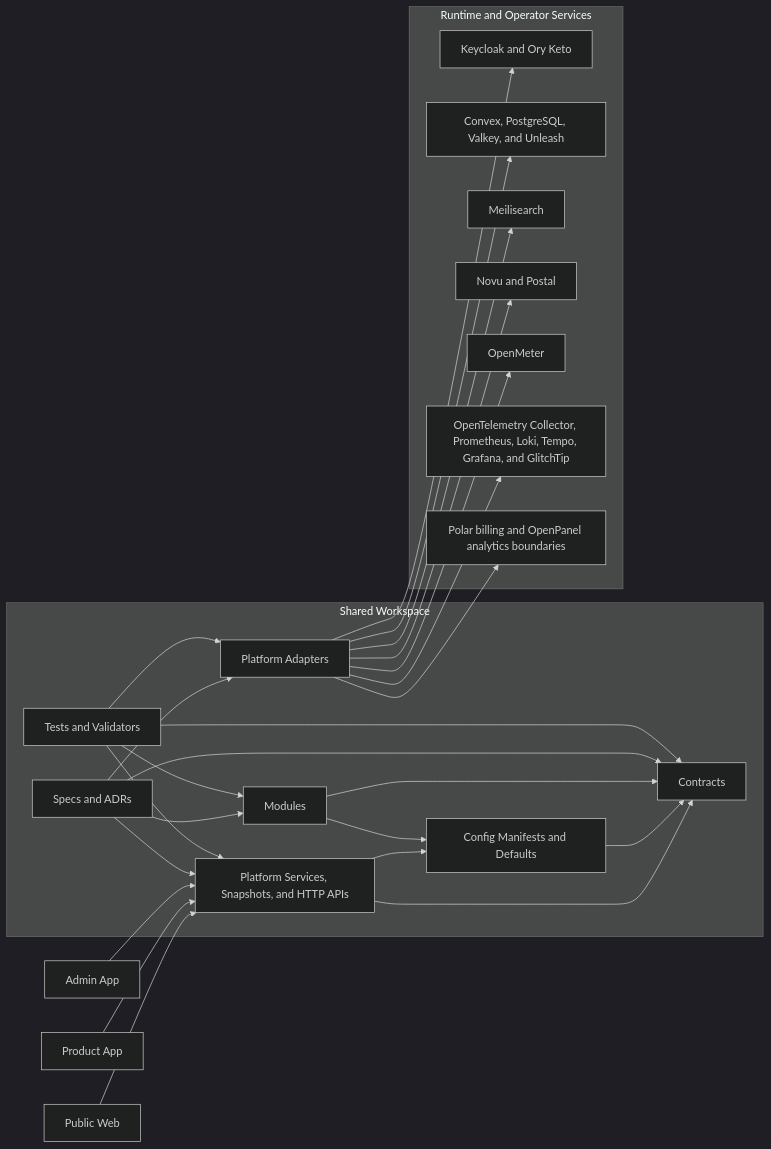
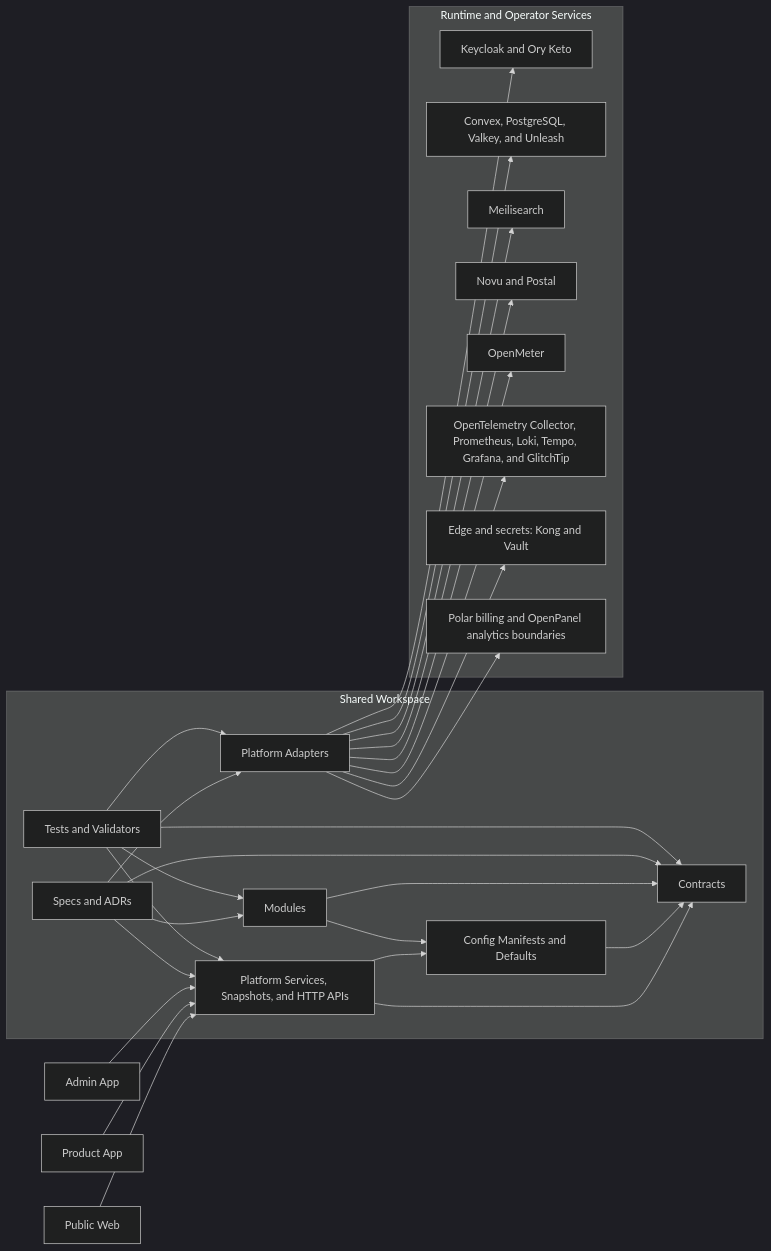
The diagram in README.md (ComvestecSolutions/saas), drawn with Mermaid (dark theme) before and after one commit. The commit also changed other lines of this file and 17 other files, not shown here.

````diff
--- a/README.md
+++ b/README.md
@@ -20,55 +20,57 @@
 ```mermaid
 flowchart LR
   PublicWeb[Public Web]
   ProductApp[Product App]
   AdminApp[Admin App]
 
   subgraph Workspace[Shared Workspace]
     Contracts[Contracts]
     Config[Config Manifests and Defaults]
     Modules[Modules]
     PlatformServices[Platform Services, Snapshots, and HTTP APIs]
     PlatformAdapters[Platform Adapters]
     Specs[Specs and ADRs]
     Tests[Tests and Validators]
   end
 
   subgraph Runtime[Runtime and Operator Services]
     Identity[Keycloak and Ory Keto]
     State[Convex, PostgreSQL, Valkey, and Unleash]
     Search[Meilisearch]
     Messaging[Novu and Postal]
     Metering[OpenMeter]
     Observe[OpenTelemetry Collector, Prometheus, Loki, Tempo, Grafana, and GlitchTip]
+    Edge[Edge and secrets: Kong and Vault]
     ExternalProviders[Polar billing and OpenPanel analytics boundaries]
   end
 
   PublicWeb --> PlatformServices
   ProductApp --> PlatformServices
   AdminApp --> PlatformServices
 
   PlatformServices --> Contracts
   PlatformServices --> Config
   Config --> Contracts
 
   Modules --> Contracts
   Modules --> Config
 
   PlatformAdapters --> Identity
   PlatformAdapters --> State
   PlatformAdapters --> Search
   PlatformAdapters --> Messaging
   PlatformAdapters --> Metering
   PlatformAdapters --> Observe
+  PlatformAdapters --> Edge
   PlatformAdapters --> ExternalProviders
 
   Specs --> Contracts
   Specs --> Modules
   Specs --> PlatformServices
   Specs --> PlatformAdapters
 
   Tests --> Contracts
   Tests --> Modules
   Tests --> PlatformServices
   Tests --> PlatformAdapters
 ```
````
